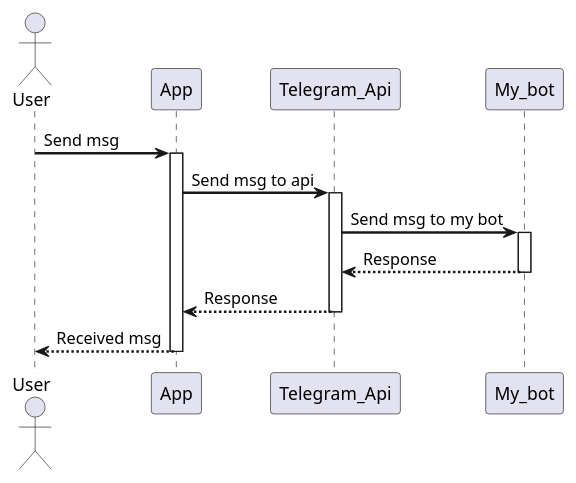
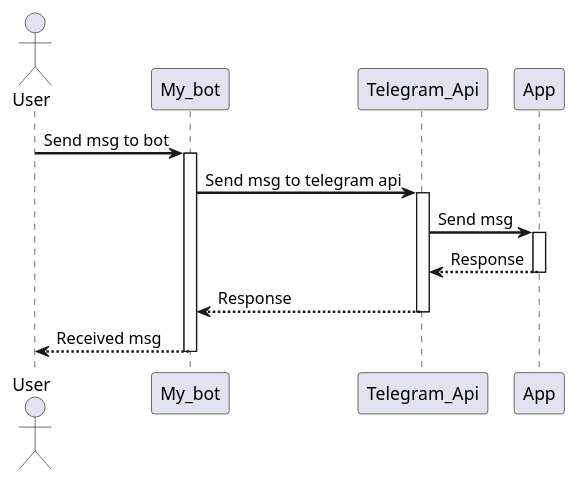
One commit to vaskania26/telegram-bot changed the diagram in Design.md. Above: the diagram before and after it, drawn with PlantUML.

Commit message:
added changed diagram

```diff
--- a/Design.md
+++ b/Design.md
@@ -9,20 +9,19 @@
 @startuml
 skinparam sequenceArrowThickness 2
 
 actor User
 
-User -> App: Send msg
+User -> My_bot: Send msg to bot
+activate My_bot
+My_bot -> Telegram_Api: Send msg to telegram api
+activate Telegram_Api
+Telegram_Api -> App : Send msg
 activate App
-App -> Telegram_Api: Send msg to api
-activate Telegram_Api
-Telegram_Api -> My_bot: Send msg to my bot
-activate My_bot
 
-My_bot--> Telegram_Api: Response 
+App--> Telegram_Api: Response
+deactivate App
+Telegram_Api--> My_bot: Response 
+deactivate Telegram_Api
+My_bot --> User: Received msg
 deactivate My_bot
-Telegram_Api --> App: Response
-deactivate Telegram_Api
-App --> User: Received msg
-deactivate App
-
 @enduml
```
